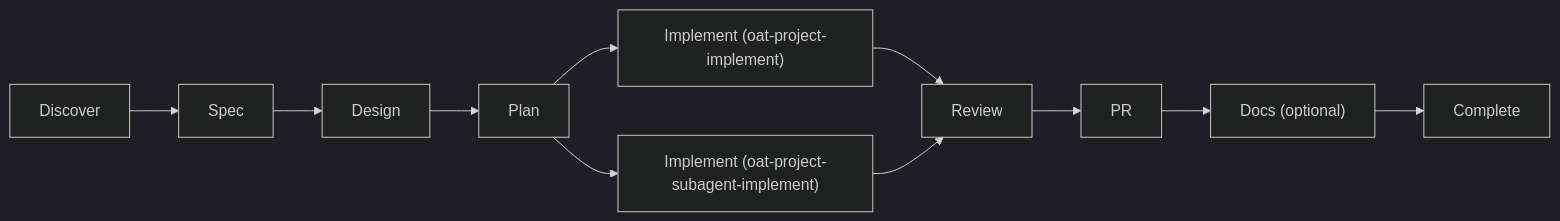
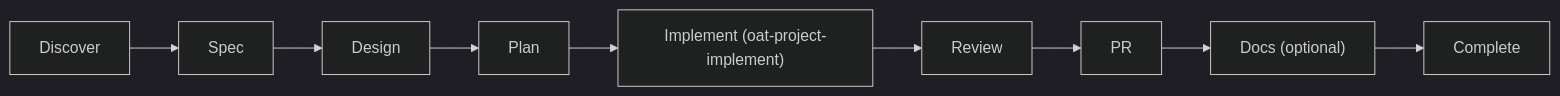
The second of 5 diagrams in apps/oat-docs/docs/workflows/projects/lifecycle.md (tkstang/open-agent-toolkit), drawn with Mermaid (dark theme) before and after one commit. The commit also changed other lines of this file and 90 other files, not shown here.

Commit message:
feat(oat): evolve oat-project-implement to phase-subagent model (#58)

````diff
--- a/apps/oat-docs/docs/workflows/projects/lifecycle.md
+++ b/apps/oat-docs/docs/workflows/projects/lifecycle.md
@@ -128,8 +127,6 @@
 ```mermaid
 flowchart LR
   D["Discover"] --> S["Spec"] --> G["Design"] --> P["Plan"]
-  P --> I1["Implement (oat-project-implement)"]
-  P --> I2["Implement (oat-project-subagent-implement)"]
-  I1 --> R["Review"] --> PR["PR"] --> Doc["Docs (optional)"] --> C["Complete"]
-  I2 --> R
+  P --> I["Implement (oat-project-implement)"]
+  I --> R["Review"] --> PR["PR"] --> Doc["Docs (optional)"] --> C["Complete"]
 ```
````
